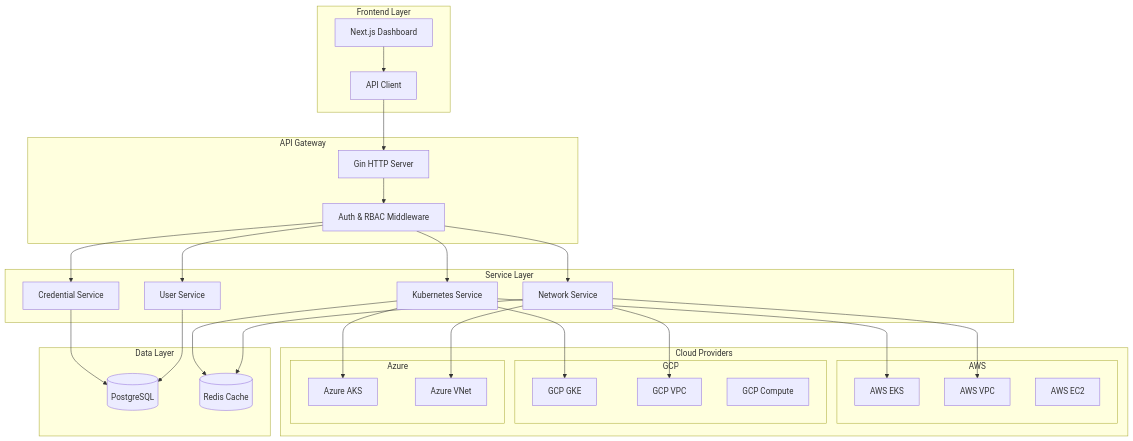
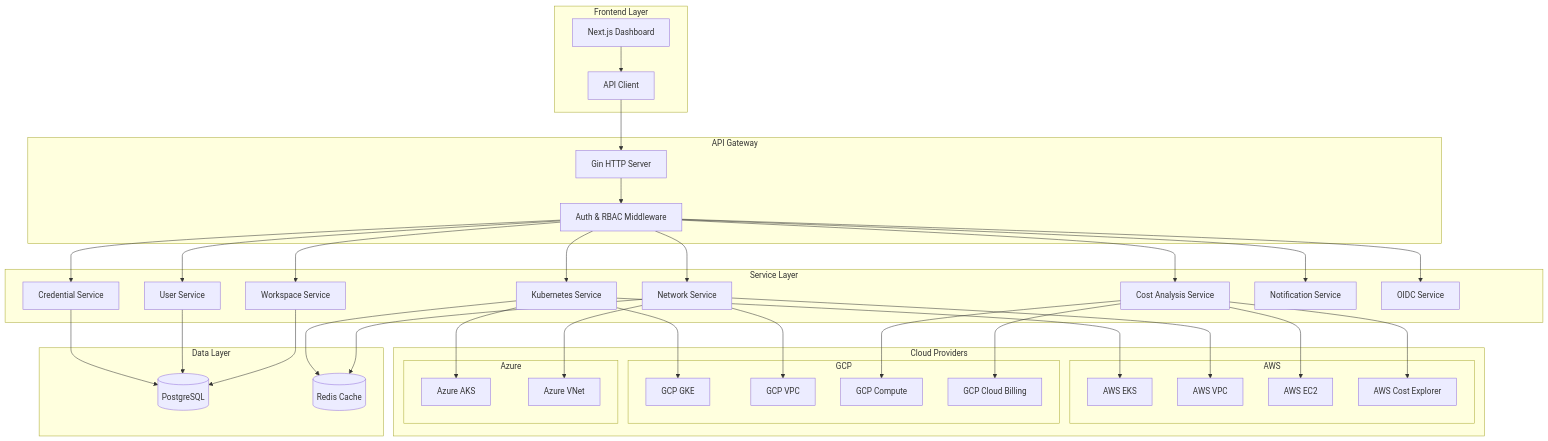
Before and after one commit to taking/skyclust: the first of 10 diagrams in docs/architecture_diagrams.md, drawn with Mermaid. The commit also changed other lines of this file and 13 other files, not shown here.

````diff
--- a/docs/architecture_diagrams.md
+++ b/docs/architecture_diagrams.md
@@ -5,64 +5,80 @@
 ```mermaid
 graph TB
     subgraph "Frontend Layer"
         UI[Next.js Dashboard]
         API_CLIENT[API Client]
     end
     
     subgraph "API Gateway"
         GIN[Gin HTTP Server]
         MIDDLEWARE[Auth & RBAC Middleware]
     end
     
     subgraph "Service Layer"
         K8S_SVC[Kubernetes Service]
         NET_SVC[Network Service]
         CRED_SVC[Credential Service]
+        COST_SVC[Cost Analysis Service]
         USER_SVC[User Service]
+        WORKSPACE_SVC[Workspace Service]
+        NOTIFICATION_SVC[Notification Service]
+        OIDC_SVC[OIDC Service]
     end
     
     subgraph "Cloud Providers"
         subgraph "AWS"
             EKS[AWS EKS]
             VPC[AWS VPC]
             EC2[AWS EC2]
+            COST_EXPLORER[AWS Cost Explorer]
         end
         
         subgraph "GCP"
             GKE[GCP GKE]
             GCP_VPC[GCP VPC]
             COMPUTE[GCP Compute]
+            BILLING[GCP Cloud Billing]
         end
         
         subgraph "Azure"
             AKS[Azure AKS]
             VNET[Azure VNet]
         end
     end
     
     subgraph "Data Layer"
         POSTGRES[(PostgreSQL)]
         REDIS[(Redis Cache)]
     end
     
     UI --> API_CLIENT
     API_CLIENT --> GIN
     GIN --> MIDDLEWARE
     MIDDLEWARE --> K8S_SVC
     MIDDLEWARE --> NET_SVC
     MIDDLEWARE --> CRED_SVC
+    MIDDLEWARE --> COST_SVC
     MIDDLEWARE --> USER_SVC
+    MIDDLEWARE --> WORKSPACE_SVC
+    MIDDLEWARE --> NOTIFICATION_SVC
+    MIDDLEWARE --> OIDC_SVC
     
     K8S_SVC --> EKS
     K8S_SVC --> GKE
     K8S_SVC --> AKS
     
     NET_SVC --> VPC
     NET_SVC --> GCP_VPC
     NET_SVC --> VNET
     
+    COST_SVC --> COST_EXPLORER
+    COST_SVC --> BILLING
+    COST_SVC --> EC2
+    COST_SVC --> COMPUTE
+    
     CRED_SVC --> POSTGRES
     USER_SVC --> POSTGRES
+    WORKSPACE_SVC --> POSTGRES
     K8S_SVC --> REDIS
     NET_SVC --> REDIS
 ```
````
